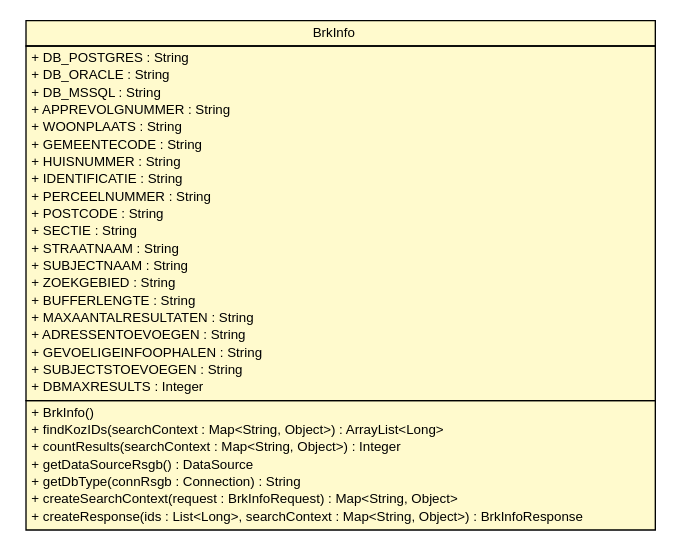
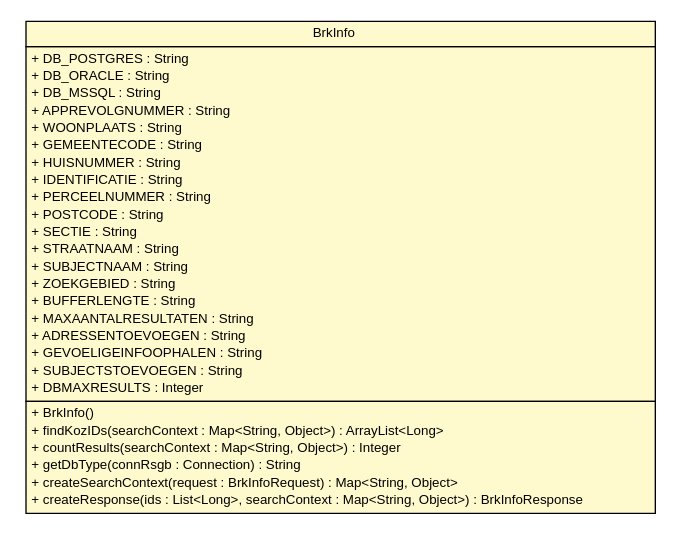
Before and after one commit to B3Partners/brmo: the diagram in brmo-soap/apidocs/nl/b3p/brmo/soap/db/BrkInfo.dot, drawn with Graphviz. The commit also changed 209 other files, not shown here.

```diff
--- a/brmo-soap/apidocs/nl/b3p/brmo/soap/db/BrkInfo.dot
+++ b/brmo-soap/apidocs/nl/b3p/brmo/soap/db/BrkInfo.dot
@@ -1,49 +1,48 @@
 #!/usr/local/bin/dot
 #
 # Class diagram 
 # Generated by UMLGraph version R5_6-24-gf6e263 (http://www.umlgraph.org/)
 #
 
 digraph G {
 	edge [fontname="Helvetica",fontsize=10,labelfontname="Helvetica",labelfontsize=10];
 	node [fontname="Helvetica",fontsize=10,shape=plaintext];
 	nodesep=0.25;
 	ranksep=0.5;
 	// nl.b3p.brmo.soap.db.BrkInfo
-	c399 [label=<<table title="nl.b3p.brmo.soap.db.BrkInfo" border="0" cellborder="1" cellspacing="0" cellpadding="2" port="p" bgcolor="lemonChiffon" href="./BrkInfo.html">
+	c350 [label=<<table title="nl.b3p.brmo.soap.db.BrkInfo" border="0" cellborder="1" cellspacing="0" cellpadding="2" port="p" bgcolor="lemonChiffon" href="./BrkInfo.html">
 		<tr><td><table border="0" cellspacing="0" cellpadding="1">
 <tr><td align="center" balign="center"> BrkInfo </td></tr>
 		</table></td></tr>
 		<tr><td><table border="0" cellspacing="0" cellpadding="1">
 <tr><td align="left" balign="left"> + DB_POSTGRES : String </td></tr>
 <tr><td align="left" balign="left"> + DB_ORACLE : String </td></tr>
 <tr><td align="left" balign="left"> + DB_MSSQL : String </td></tr>
 <tr><td align="left" balign="left"> + APPREVOLGNUMMER : String </td></tr>
 <tr><td align="left" balign="left"> + WOONPLAATS : String </td></tr>
 <tr><td align="left" balign="left"> + GEMEENTECODE : String </td></tr>
 <tr><td align="left" balign="left"> + HUISNUMMER : String </td></tr>
 <tr><td align="left" balign="left"> + IDENTIFICATIE : String </td></tr>
 <tr><td align="left" balign="left"> + PERCEELNUMMER : String </td></tr>
 <tr><td align="left" balign="left"> + POSTCODE : String </td></tr>
 <tr><td align="left" balign="left"> + SECTIE : String </td></tr>
 <tr><td align="left" balign="left"> + STRAATNAAM : String </td></tr>
 <tr><td align="left" balign="left"> + SUBJECTNAAM : String </td></tr>
 <tr><td align="left" balign="left"> + ZOEKGEBIED : String </td></tr>
 <tr><td align="left" balign="left"> + BUFFERLENGTE : String </td></tr>
 <tr><td align="left" balign="left"> + MAXAANTALRESULTATEN : String </td></tr>
 <tr><td align="left" balign="left"> + ADRESSENTOEVOEGEN : String </td></tr>
 <tr><td align="left" balign="left"> + GEVOELIGEINFOOPHALEN : String </td></tr>
 <tr><td align="left" balign="left"> + SUBJECTSTOEVOEGEN : String </td></tr>
 <tr><td align="left" balign="left"> + DBMAXRESULTS : Integer </td></tr>
 		</table></td></tr>
 		<tr><td><table border="0" cellspacing="0" cellpadding="1">
 <tr><td align="left" balign="left"> + BrkInfo() </td></tr>
 <tr><td align="left" balign="left"> + findKozIDs(searchContext : Map&lt;String, Object&gt;) : ArrayList&lt;Long&gt; </td></tr>
 <tr><td align="left" balign="left"> + countResults(searchContext : Map&lt;String, Object&gt;) : Integer </td></tr>
-<tr><td align="left" balign="left"> + getDataSourceRsgb() : DataSource </td></tr>
 <tr><td align="left" balign="left"> + getDbType(connRsgb : Connection) : String </td></tr>
 <tr><td align="left" balign="left"> + createSearchContext(request : BrkInfoRequest) : Map&lt;String, Object&gt; </td></tr>
 <tr><td align="left" balign="left"> + createResponse(ids : List&lt;Long&gt;, searchContext : Map&lt;String, Object&gt;) : BrkInfoResponse </td></tr>
 		</table></td></tr>
 		</table>>, URL="./BrkInfo.html", fontname="Helvetica", fontcolor="black", fontsize=10.0];
 }
```
